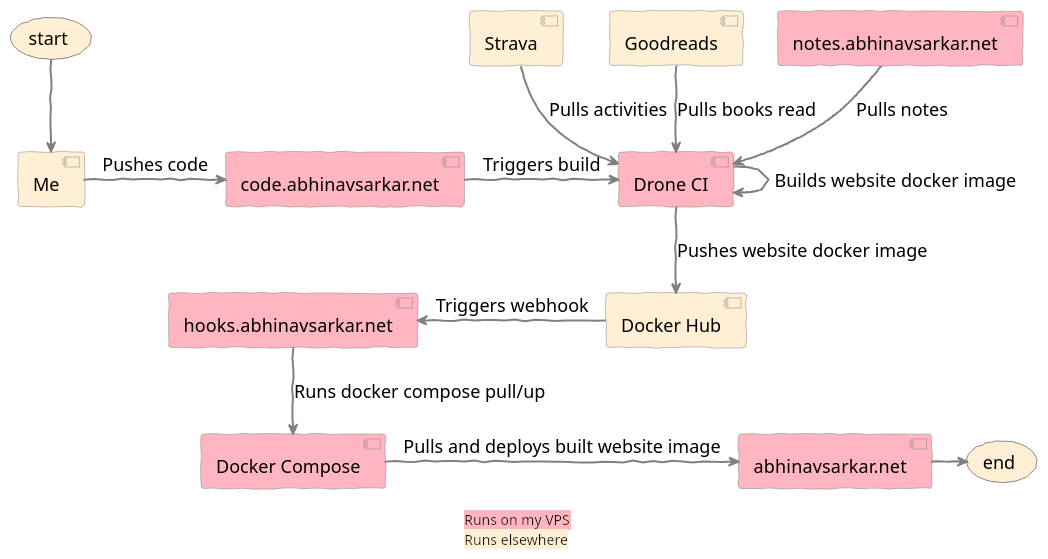
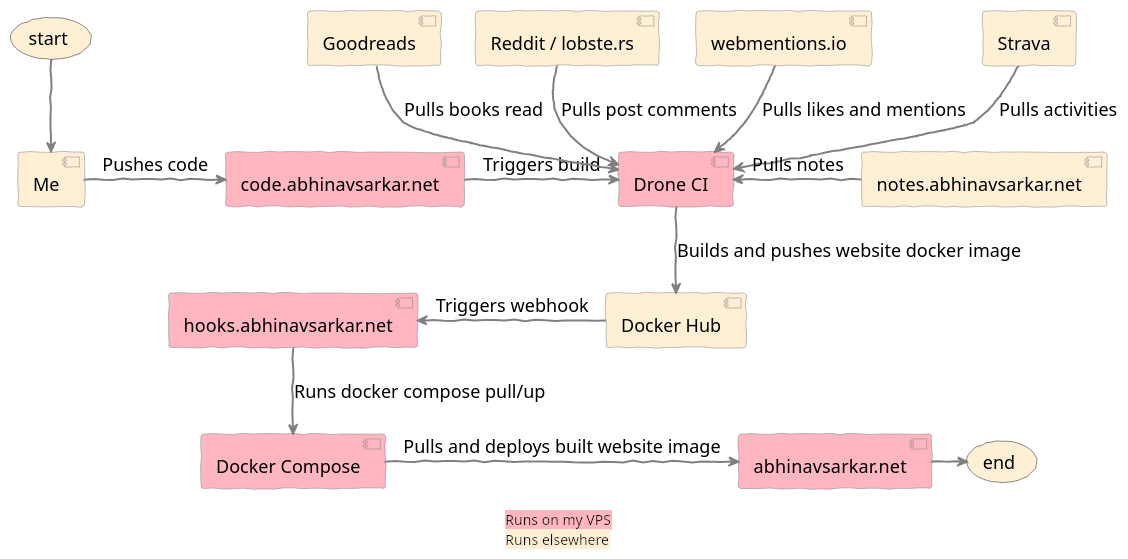
One commit to abhin4v/notes changed the diagram in files/site-pipeline/site.puml. Above: the diagram before and after it, drawn with PlantUML. The commit also changed 1 other file, not shown here.

Commit message:
Updates site build pipeline image

```diff
--- a/files/site-pipeline/site.puml
+++ b/files/site-pipeline/site.puml
@@ -1,51 +1,51 @@
 @startuml
 skinparam Shadowing false
 skinparam BackgroundColor transparent
 skinparam handwritten true
 skinparam Default {
   FontColor Black
   FontSize  18
   FontStyle plain
   FontName monospace
 }
 
 skinparam usecase {
   BackgroundColor PapayaWhip
 }
 
 skinparam component {
   BackgroundColor PapayaWhip
   BorderColor Gray
   ArrowThickness 2
   ArrowColor Gray
 }
 
 skinparam legend {
   BackgroundColor transparent
   BorderColor transparent
 }
 
 component [code.abhinavsarkar.net] #LightPink
 component [Drone CI] #LightPink
 component [Docker Compose] #LightPink
 component [hooks.abhinavsarkar.net] #LightPink
 component [abhinavsarkar.net] #LightPink
-component [notes.abhinavsarkar.net] #LightPink
 
 (start) -d-> [Me]
 [Me] -r-> [code.abhinavsarkar.net]: Pushes code
 [code.abhinavsarkar.net] -r-> [Drone CI]: Triggers build
-[Strava] --> [Drone CI]: Pulls activities
-[Goodreads] --> [Drone CI]: Pulls books read
-[notes.abhinavsarkar.net] --> [Drone CI]: Pulls notes
-[Drone CI] --> [Drone CI]: Builds website docker image
-[Drone CI] -d-> [Docker Hub]: Pushes website docker image
+[Strava] -d-> [Drone CI]: Pulls activities
+[Goodreads] -d-> [Drone CI]: Pulls books read
+[Reddit / lobste.rs] -d-> [Drone CI]: Pulls post comments
+[webmentions.io] -d-> [Drone CI]: Pulls likes and mentions
+[notes.abhinavsarkar.net] -l-> [Drone CI]: Pulls notes
+[Drone CI] -d-> [Docker Hub]: Builds and pushes website docker image
 [Docker Hub] -l-> [hooks.abhinavsarkar.net]: Triggers webhook
 [hooks.abhinavsarkar.net] -d-> [Docker Compose]: Runs docker compose pull/up
 [Docker Compose] -r-> [abhinavsarkar.net]: Pulls and deploys built website image
 [abhinavsarkar.net] -r-> (end)
 legend
 <back:#LightPink>Runs on my VPS</back>
 <back:#PapayaWhip>Runs elsewhere</back>
 endlegend
 @enduml
```
